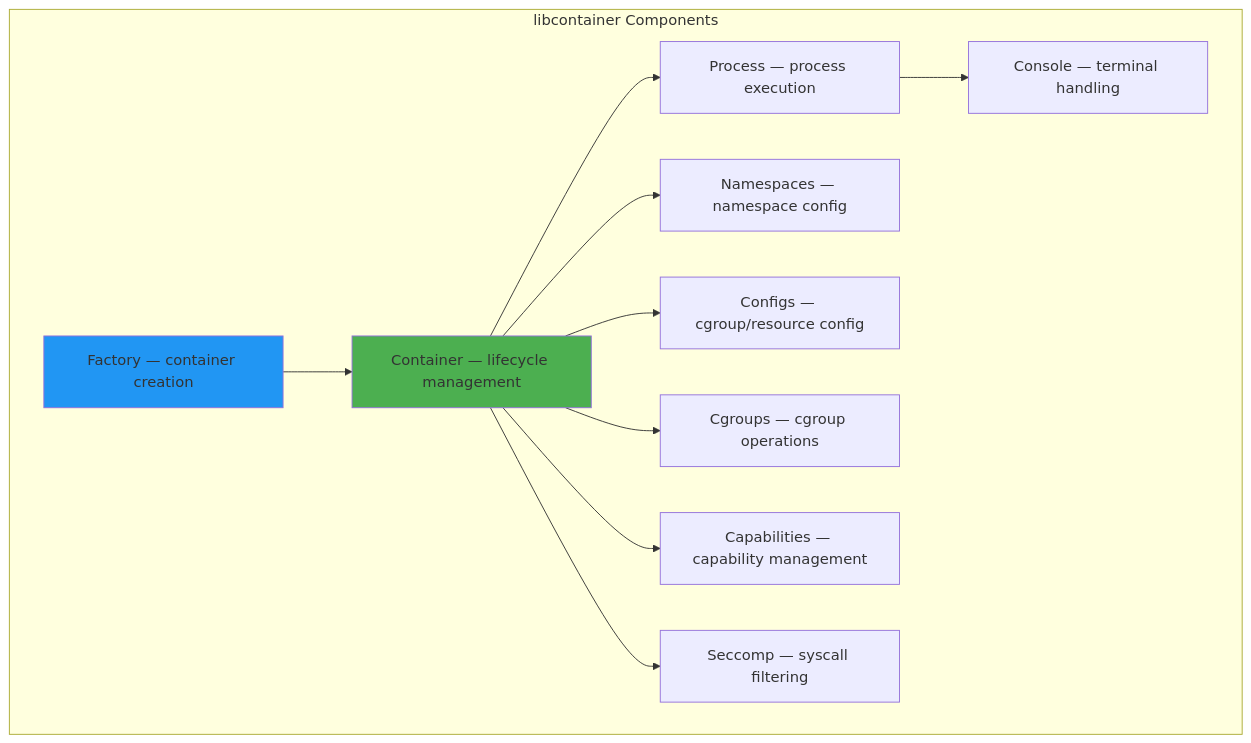
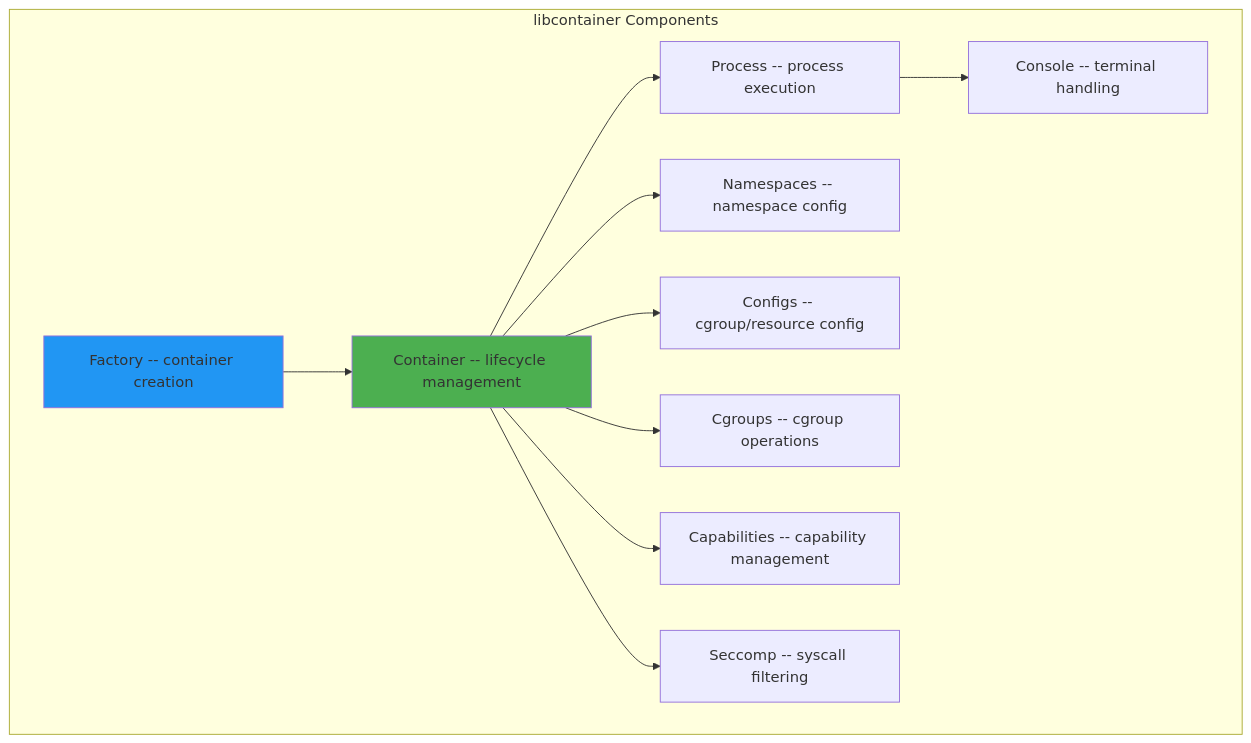
The sixth of 8 diagrams in src/containers/runtime-internals.md (Abhinav-Kumar012/lb2), drawn with Mermaid before and after one commit. The commit also changed other lines of this file and 211 other files, not shown here.

First line of the commit message:
fix: mermaid syntax issues across 212 files

````diff
--- a/src/containers/runtime-internals.md
+++ b/src/containers/runtime-internals.md
@@ -532,26 +532,26 @@
 ```mermaid
 graph TB
     subgraph "libcontainer Components"
-        CTN[Container — lifecycle management]
-        FACTORY[Factory — container creation]
-        PROCESS[Process — process execution]
-        NS[Namespaces — namespace config]
-        CG[Configs — cgroup/resource config]
-        CGROUPS[Cgroups — cgroup operations]
-        CAPS[Capabilities — capability management]
-        SECCOMP_L[Seccomp — syscall filtering]
-        CONSOLE[Console — terminal handling]
+        CTN[Container -- lifecycle management]
+        FACTORY[Factory -- container creation]
+        PROCESS[Process -- process execution]
+        NS[Namespaces -- namespace config]
+        CG[Configs -- cgroup/resource config]
+        CGROUPS[Cgroups -- cgroup operations]
+        CAPS[Capabilities -- capability management]
+        SECCOMP_L[Seccomp -- syscall filtering]
+        CONSOLE[Console -- terminal handling]
     end
 
     FACTORY --> CTN
     CTN --> PROCESS
     CTN --> NS
     CTN --> CG
     CTN --> CGROUPS
     CTN --> CAPS
     CTN --> SECCOMP_L
     PROCESS --> CONSOLE
 
     style FACTORY fill:#2196F3
     style CTN fill:#4CAF50
 ```
````
